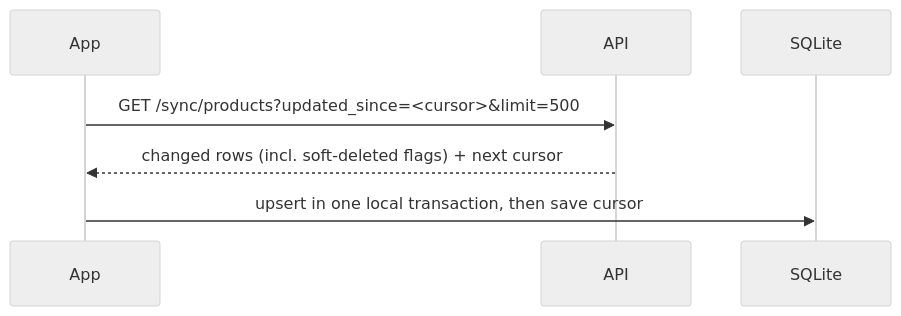
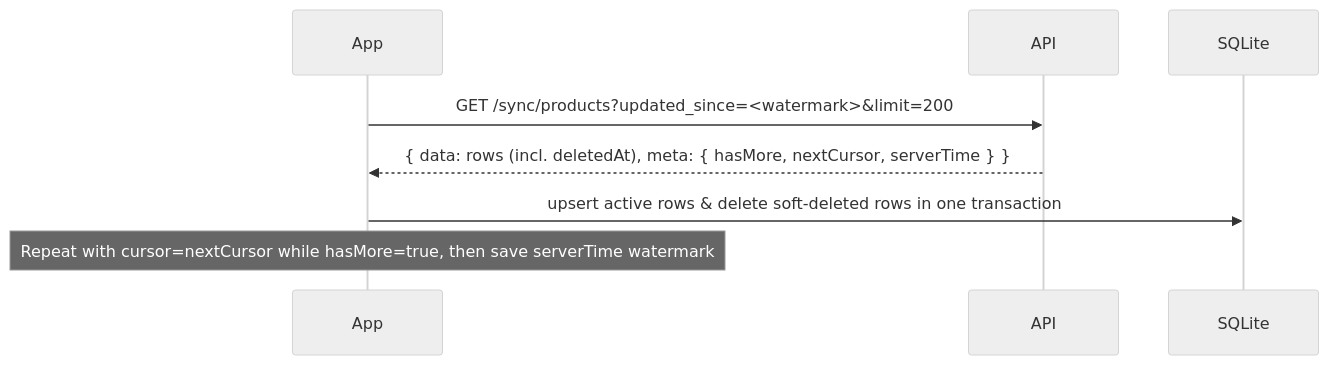
Before and after one commit to PJ1914/ksms: the first of 2 diagrams in docs/architecture/SYNC_WORKFLOW.md, drawn with Mermaid (neutral theme). The commit also changed other lines of this file and 75 other files, not shown here.

````diff
--- a/docs/architecture/SYNC_WORKFLOW.md
+++ b/docs/architecture/SYNC_WORKFLOW.md
@@ -17,6 +43,7 @@
 ```mermaid
 sequenceDiagram
-  App->>API: GET /sync/products?updated_since=<cursor>&limit=500
-  API-->>App: changed rows (incl. soft-deleted flags) + next cursor
-  App->>SQLite: upsert in one local transaction, then save cursor
+  App->>API: GET /sync/products?updated_since=<watermark>&limit=200
+  API-->>App: { data: rows (incl. deletedAt), meta: { hasMore, nextCursor, serverTime } }
+  App->>SQLite: upsert active rows & delete soft-deleted rows in one transaction
+  Note over App: Repeat with cursor=nextCursor while hasMore=true, then save serverTime watermark
 ```
````
